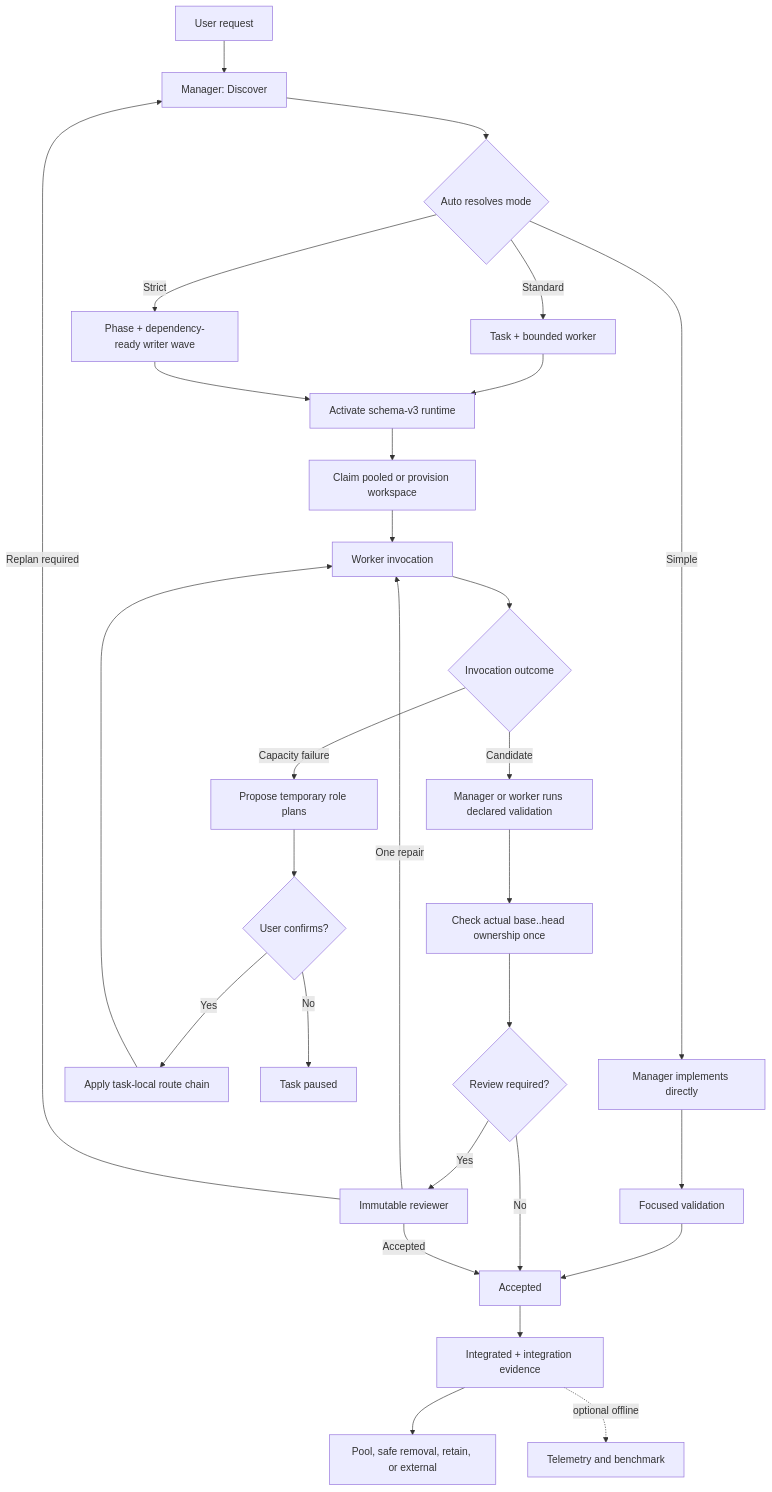
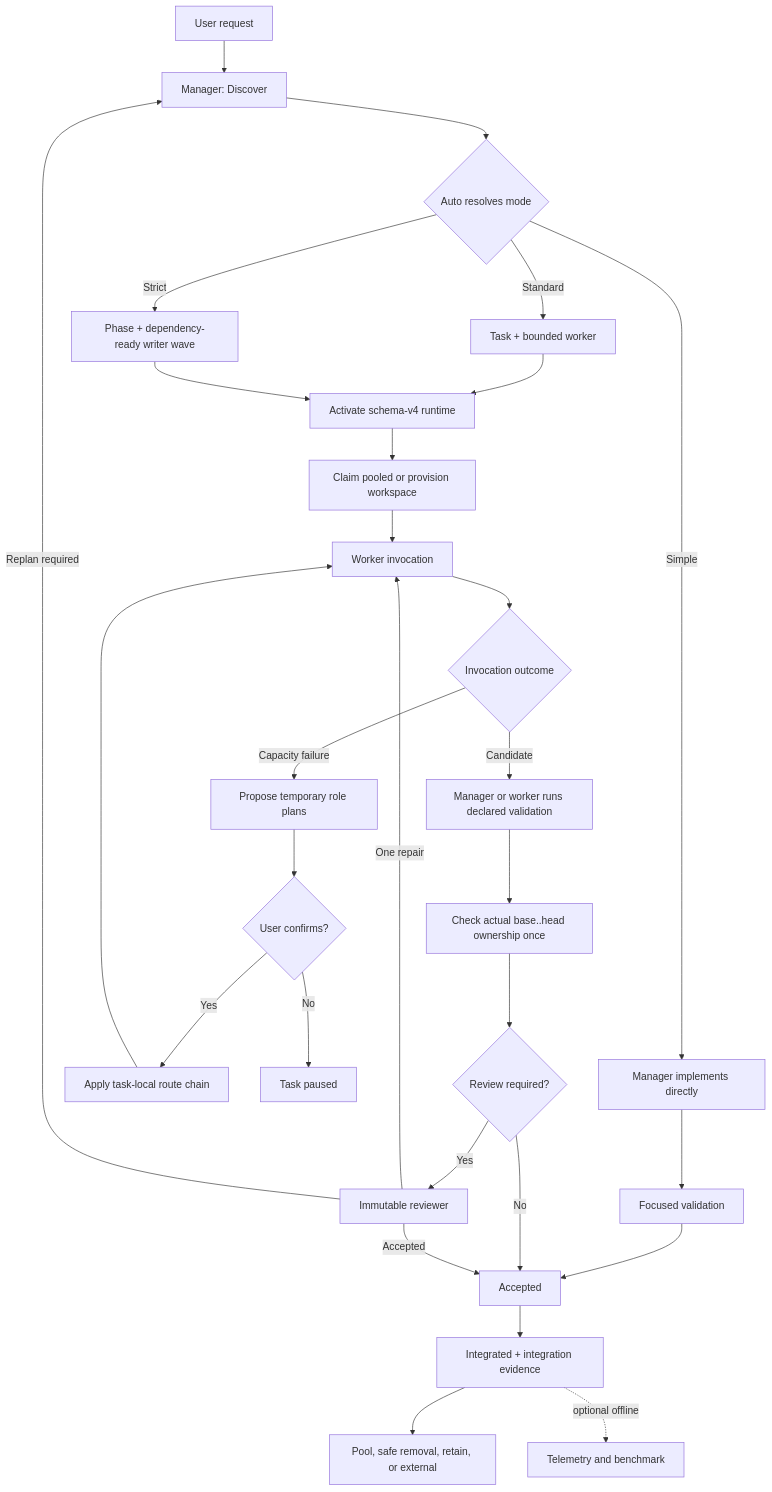
One commit to UnioGame/lemmings.ai changed the diagram in README.md. Above: the diagram before and after it, drawn with Mermaid. The commit also changed other lines of this file and 37 other files, not shown here.

````diff
--- a/README.md
+++ b/README.md
@@ -7,36 +7,36 @@
 ```mermaid
 flowchart TD
     U[User request] --> D[Manager: Discover]
     D --> A{Auto resolves mode}
 
     A -->|Simple| S[Manager implements directly]
     A -->|Standard| T[Task + bounded worker]
     A -->|Strict| P[Phase + dependency-ready writer wave]
 
     S --> FV[Focused validation]
     FV --> AC
-    T --> RT[Activate schema-v3 runtime]
+    T --> RT[Activate schema-v4 runtime]
     P --> RT
     RT --> W[Claim pooled or provision workspace]
     W --> I[Worker invocation]
     I --> O{Invocation outcome}
 
     O -->|Capacity failure| RP[Propose temporary role plans]
     RP --> C{User confirms?}
     C -->|Yes| TR[Apply task-local route chain]
     TR --> I
     C -->|No| PA[Task paused]
 
     O -->|Candidate| V[Manager or worker runs declared validation]
     V --> OW[Check actual base..head ownership once]
     OW --> R{Review required?}
     R -->|No| AC[Accepted]
     R -->|Yes| IR[Immutable reviewer]
     IR -->|Accepted| AC
     IR -->|One repair| I
     IR -->|Replan required| D
 
     AC --> IN[Integrated + integration evidence]
     IN --> WS[Pool, safe removal, retain, or external]
     IN -. optional offline .-> TM[Telemetry and benchmark]
 ```
````
